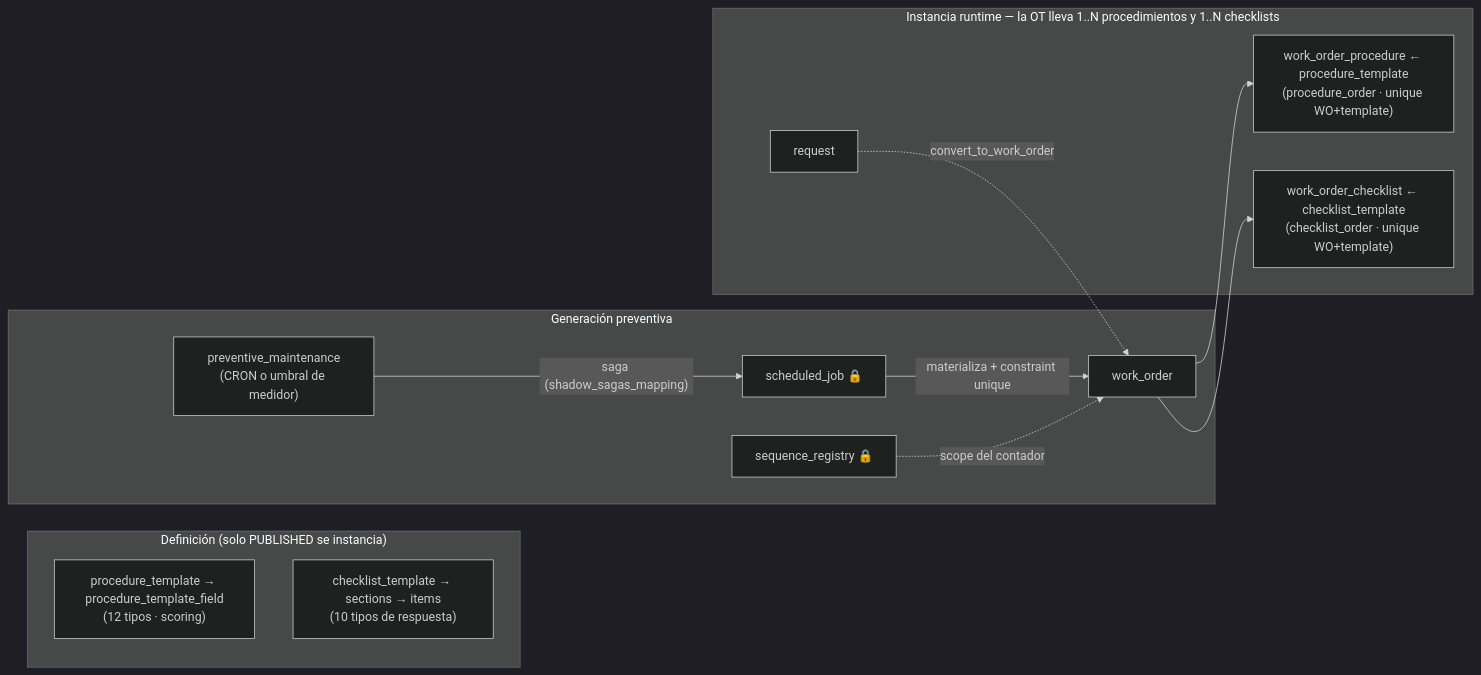
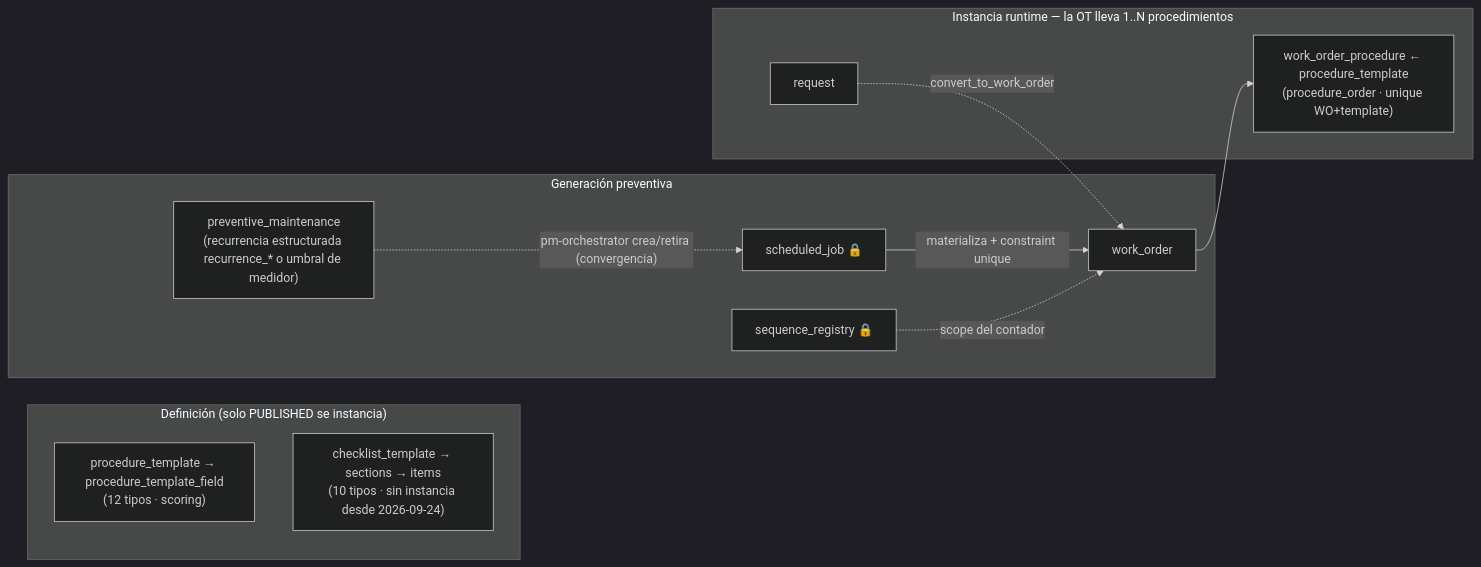
One commit to metritechnology/metri-engine changed the third of 5 diagrams in docs/reference/diagrama-modelo-datos.md. Above: the diagram before and after it, drawn with Mermaid (dark theme). The commit also changed other lines of this file and 25 other files, not shown here.

First line of the commit message:
feat(codice): PM molde espejo de WO y retiro de checklist/template del catálogo

````diff
--- a/docs/reference/diagrama-modelo-datos.md
+++ b/docs/reference/diagrama-modelo-datos.md
@@ -126,20 +125,19 @@
 ```mermaid
 flowchart LR
     subgraph DEFS["Definición (solo PUBLISHED se instancia)"]
         PR["procedure_template → procedure_template_field<br/>(12 tipos · scoring)"]
-        CLT["checklist_template → sections → items<br/>(10 tipos de respuesta)"]
+        CLT["checklist_template → sections → items<br/>(10 tipos · sin instancia desde 2026-09-24)"]
     end
 
     subgraph GEN["Generación preventiva"]
-        PM["preventive_maintenance<br/>(CRON o umbral de medidor)"]
-        PM -->|"saga (shadow_sagas_mapping)"| SJ["scheduled_job 🔒"]
+        PM["preventive_maintenance<br/>(recurrencia estructurada recurrence_* o umbral de medidor)"]
+        PM -.->|"pm-orchestrator crea/retira (convergencia)"| SJ["scheduled_job 🔒"]
         SJ -->|"materializa + constraint unique"| WO2["work_order"]
         SEQ["sequence_registry 🔒"] -.->|"scope del contador"| WO2
     end
 
-    subgraph RUN["Instancia runtime — la OT lleva 1..N procedimientos y 1..N checklists"]
+    subgraph RUN["Instancia runtime — la OT lleva 1..N procedimientos"]
         WO2 --> WPR2["work_order_procedure ← procedure_template<br/>(procedure_order · unique WO+template)"]
-        WO2 --> CL2["work_order_checklist ← checklist_template<br/>(checklist_order · unique WO+template)"]
         REQ2["request"] -.->|"convert_to_work_order"| WO2
     end
 ```
````
